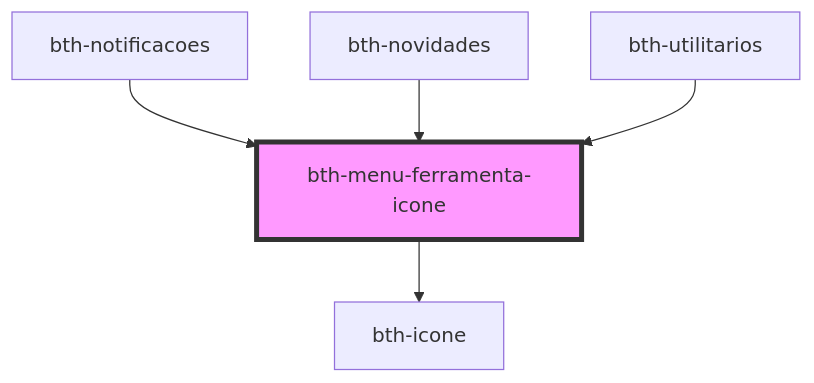
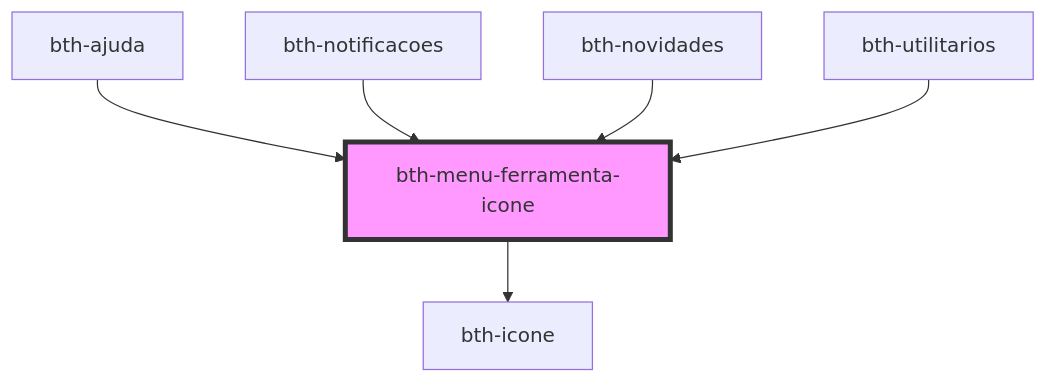
The diagram in src/components/app/menu-ferramenta-icone/readme.md (betha-plataforma/estrutura-componentes), drawn with Mermaid before and after one commit. The commit also changed other lines of this file and 10 other files, not shown here.

````diff
--- a/src/components/app/menu-ferramenta-icone/readme.md
+++ b/src/components/app/menu-ferramenta-icone/readme.md
@@ -43,8 +44,9 @@
 ```mermaid
 graph TD;
   bth-menu-ferramenta-icone --> bth-icone
+  bth-ajuda --> bth-menu-ferramenta-icone
   bth-notificacoes --> bth-menu-ferramenta-icone
   bth-novidades --> bth-menu-ferramenta-icone
   bth-utilitarios --> bth-menu-ferramenta-icone
   style bth-menu-ferramenta-icone fill:#f9f,stroke:#333,stroke-width:4px
 ```
````
